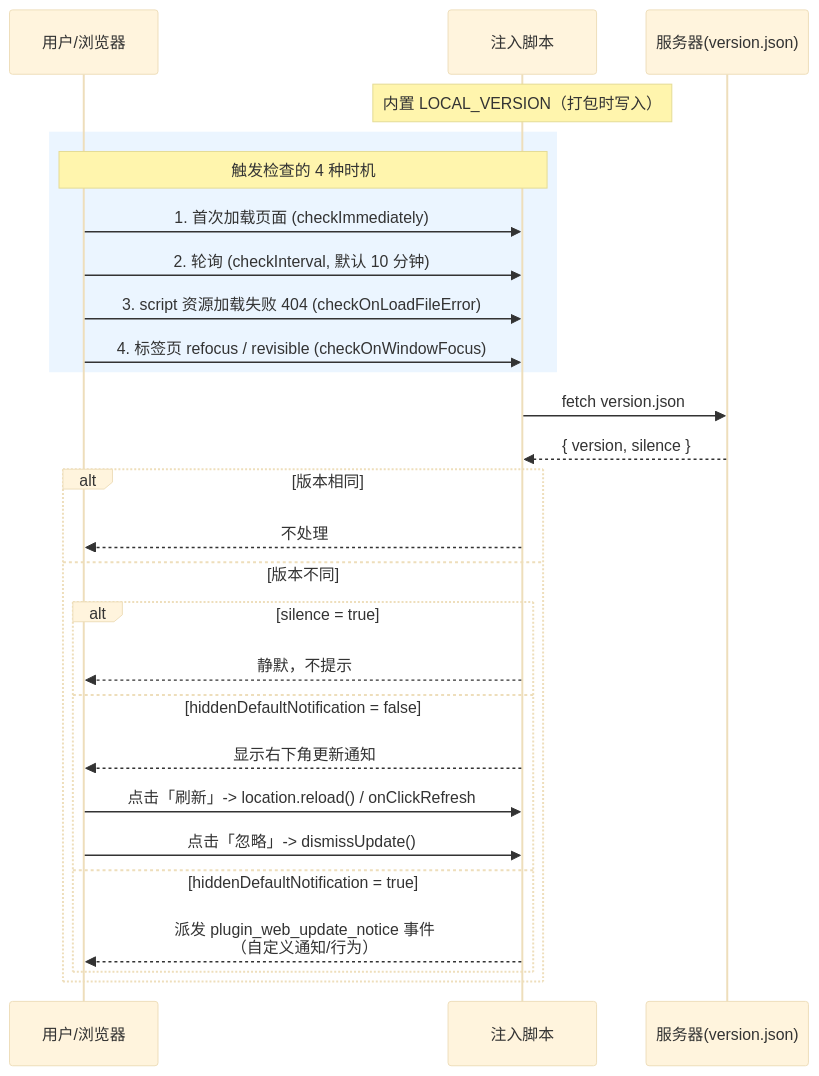
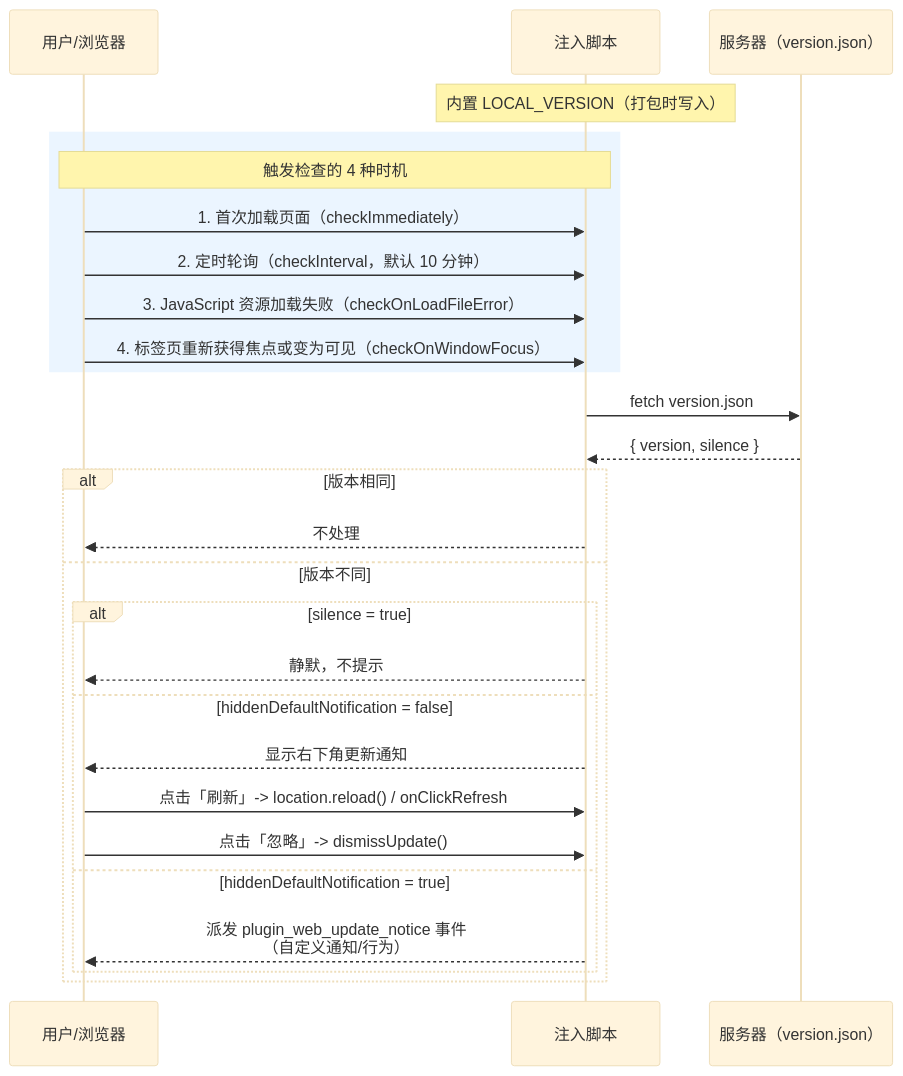
The second of 2 diagrams in README.zh-CN.md (GreatAuk/plugin-web-update-notification), drawn with Mermaid (base theme) before and after one commit. The commit also changed other lines of this file and 8 other files, not shown here.

````diff
--- a/README.zh-CN.md
+++ b/README.zh-CN.md
@@ -81,33 +84,33 @@
 ```mermaid
 sequenceDiagram
     participant U as 用户/浏览器
     participant S as 注入脚本
-    participant Srv as 服务器(version.json)
+    participant Srv as 服务器（version.json）
 
     Note over S: 内置 LOCAL_VERSION（打包时写入）
 
     rect rgb(235, 245, 255)
     Note over U,S: 触发检查的 4 种时机
-    U->>S: 1. 首次加载页面 (checkImmediately)
-    U->>S: 2. 轮询 (checkInterval, 默认 10 分钟)
-    U->>S: 3. script 资源加载失败 404 (checkOnLoadFileError)
-    U->>S: 4. 标签页 refocus / revisible (checkOnWindowFocus)
+    U->>S: 1. 首次加载页面（checkImmediately）
+    U->>S: 2. 定时轮询（checkInterval，默认 10 分钟）
+    U->>S: 3. JavaScript 资源加载失败（checkOnLoadFileError）
+    U->>S: 4. 标签页重新获得焦点或变为可见（checkOnWindowFocus）
     end
 
     S->>Srv: fetch version.json
     Srv-->>S: { version, silence }
 
     alt 版本相同
         S-->>U: 不处理
     else 版本不同
         alt silence = true
             S-->>U: 静默，不提示
         else hiddenDefaultNotification = false
             S-->>U: 显示右下角更新通知
             U->>S: 点击「刷新」-> location.reload() / onClickRefresh
             U->>S: 点击「忽略」-> dismissUpdate()
         else hiddenDefaultNotification = true
             S-->>U: 派发 plugin_web_update_notice 事件<br/>（自定义通知/行为）
         end
     end
 ```
````
